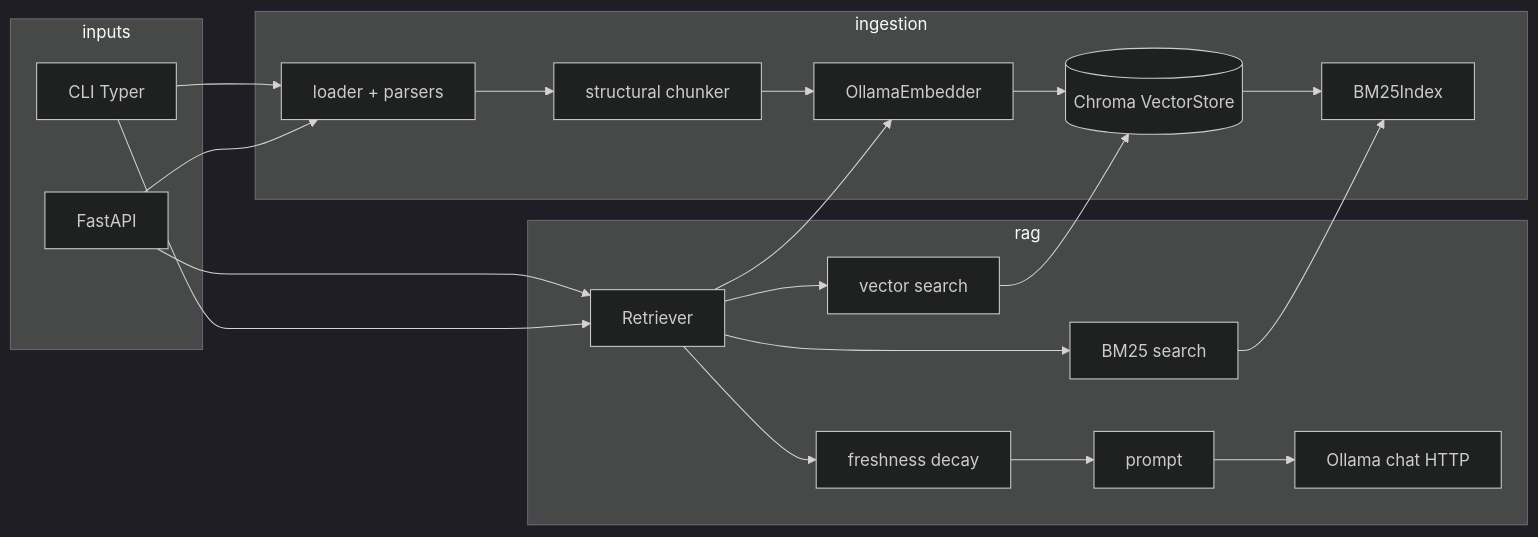
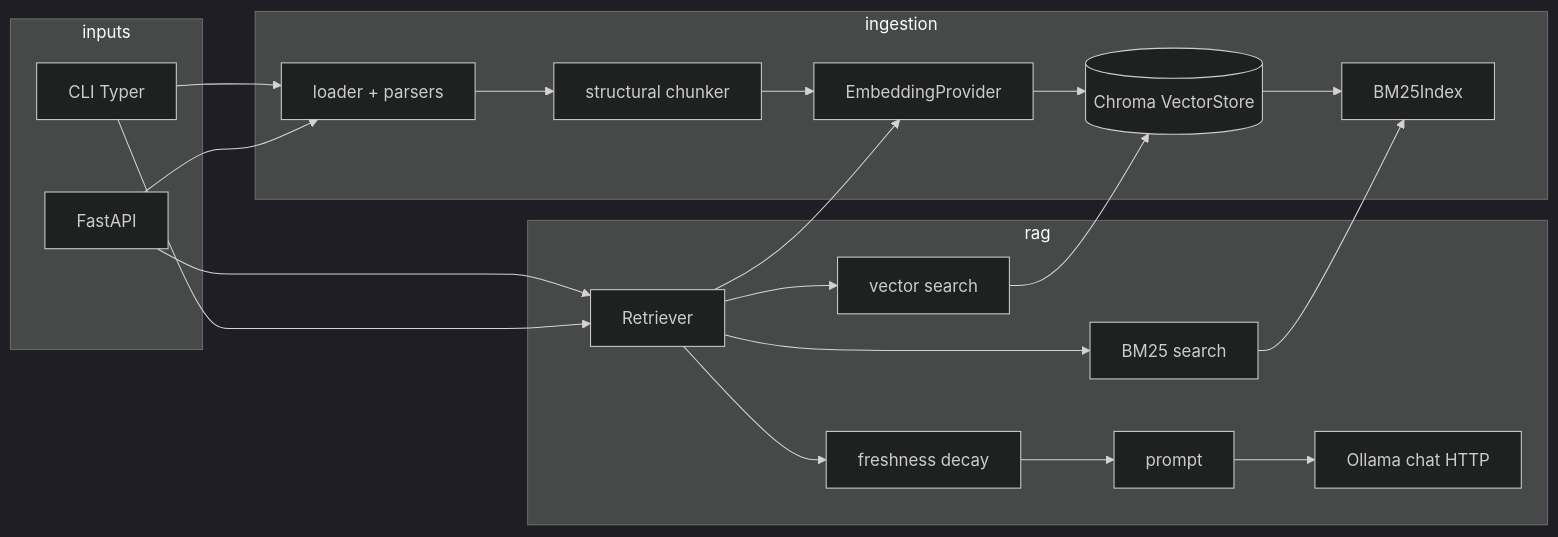
The diagram in docs/architecture.md (n0nuser/LocalRAG), drawn with Mermaid (dark theme) before and after one commit. The commit also changed other lines of this file and 18 other files, not shown here.

Commit message:
refactor(embedding): introduce provider abstraction

````diff
--- a/docs/architecture.md
+++ b/docs/architecture.md
@@ -9,35 +9,35 @@
 ```mermaid
 flowchart LR
   subgraph inputs
     CLI[CLI Typer]
     API[FastAPI]
   end
   subgraph ingestion
     L[loader + parsers]
     C[structural chunker]
-    E[OllamaEmbedder]
+    E[EmbeddingProvider]
     VS[(Chroma VectorStore)]
     B[BM25Index]
   end
   subgraph rag
     R[Retriever]
     V[vector search]
     X[BM25 search]
     F[freshness decay]
     P[prompt]
     LLM[Ollama chat HTTP]
   end
   CLI --> L
   API --> L
   L --> C --> E --> VS
   VS --> B
   API --> R
   CLI --> R
   R --> V
   R --> X
   V --> VS
   X --> B
   R --> F
   R --> E
   F --> P --> LLM
 ```
````
